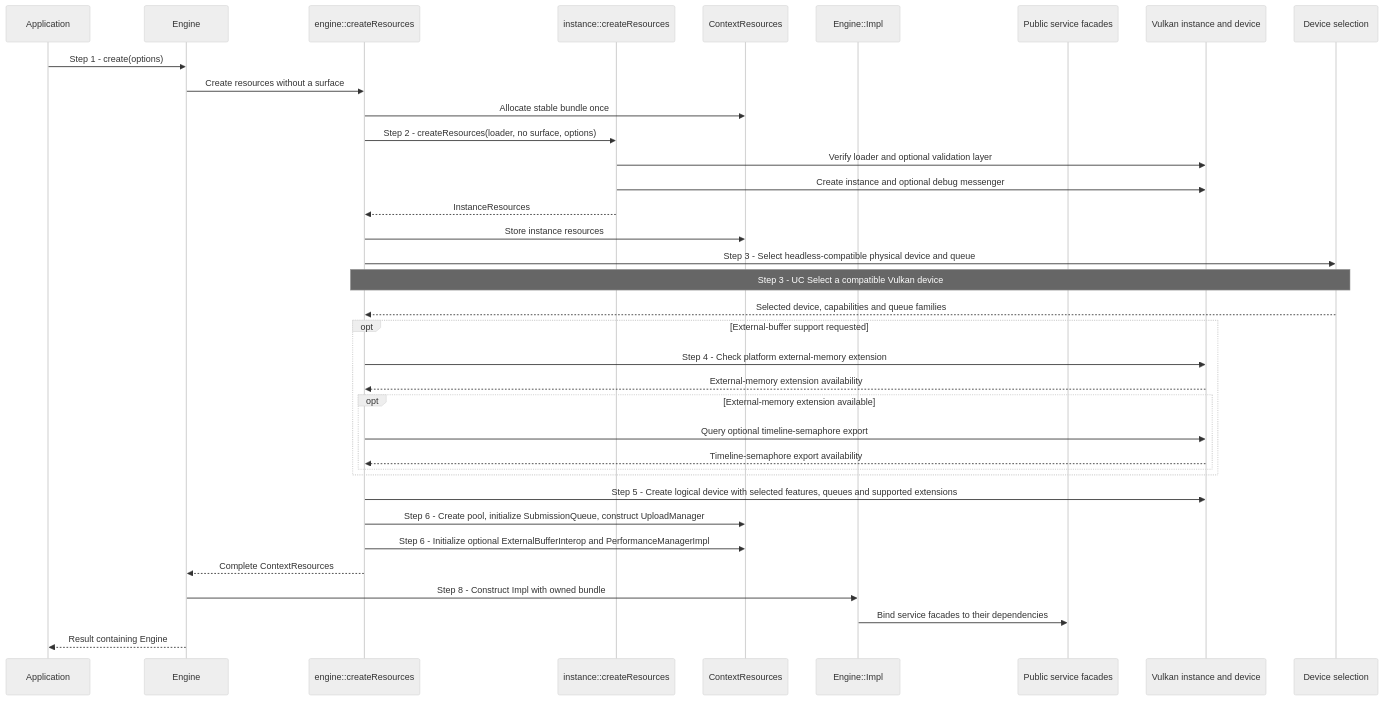
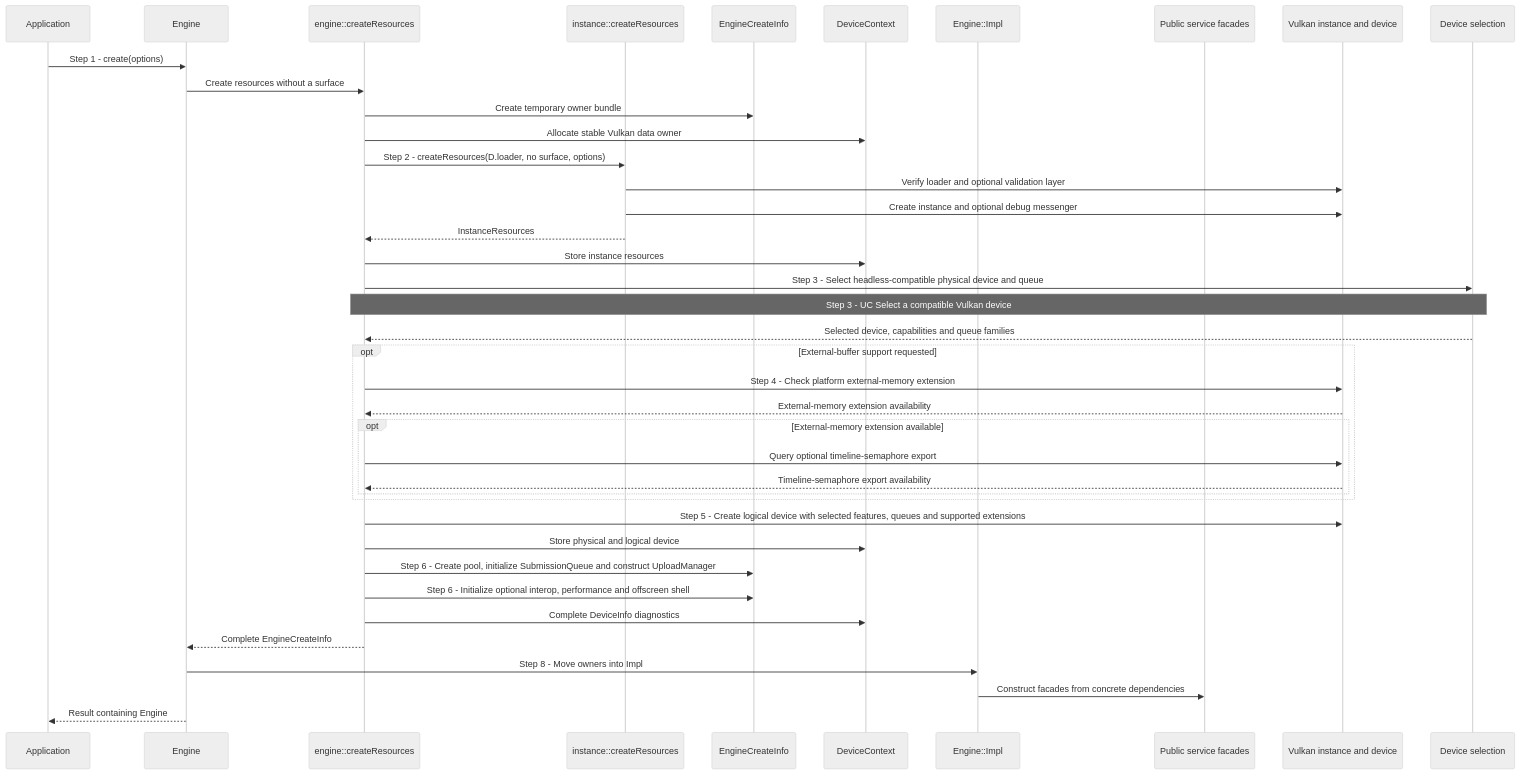
The first of 3 diagrams in docs/use-cases/create-context.md (a-soltysik/Panda), drawn with Mermaid (neutral theme) before and after one commit. The commit also changed other lines of this file and 14 other files, not shown here.

Commit message:
Separate Vulkan device data from context service ownership (#126)

````diff
--- a/docs/use-cases/create-context.md
+++ b/docs/use-cases/create-context.md
@@ -70,38 +70,42 @@
 ```mermaid
 sequenceDiagram
     participant A as Application
     participant C as Engine
     participant F as engine::createResources
     participant X as instance::createResources
-    participant R as ContextResources
+    participant R as EngineCreateInfo
+    participant D as DeviceContext
     participant I as Engine::Impl
     participant S as Public service facades
     participant V as Vulkan instance and device
-    participant D as Device selection
+    participant Q as Device selection
     A->>C: Step 1 - create(options)
     C->>F: Create resources without a surface
-    F->>R: Allocate stable bundle once
-    F->>X: Step 2 - createResources(loader, no surface, options)
+    F->>R: Create temporary owner bundle
+    F->>D: Allocate stable Vulkan data owner
+    F->>X: Step 2 - createResources(D.loader, no surface, options)
     X->>V: Verify loader and optional validation layer
     X->>V: Create instance and optional debug messenger
     X-->>F: InstanceResources
-    F->>R: Store instance resources
-    F->>D: Step 3 - Select headless-compatible physical device and queue
-    Note over F,D: Step 3 - UC Select a compatible Vulkan device
-    D-->>F: Selected device, capabilities and queue families
+    F->>D: Store instance resources
+    F->>Q: Step 3 - Select headless-compatible physical device and queue
+    Note over F,Q: Step 3 - UC Select a compatible Vulkan device
+    Q-->>F: Selected device, capabilities and queue families
     opt External-buffer support requested
         F->>V: Step 4 - Check platform external-memory extension
         V-->>F: External-memory extension availability
         opt External-memory extension available
             F->>V: Query optional timeline-semaphore export
             V-->>F: Timeline-semaphore export availability
         end
     end
     F->>V: Step 5 - Create logical device with selected features, queues and supported extensions
-    F->>R: Step 6 - Create pool, initialize SubmissionQueue, construct UploadManager
-    F->>R: Step 6 - Initialize optional ExternalBufferInterop and PerformanceManagerImpl
-    F-->>C: Complete ContextResources
-    C->>I: Step 8 - Construct Impl with owned bundle
-    I->>S: Bind service facades to their dependencies
+    F->>D: Store physical and logical device
+    F->>R: Step 6 - Create pool, initialize SubmissionQueue and construct UploadManager
+    F->>R: Step 6 - Initialize optional interop, performance and offscreen shell
+    F->>D: Complete DeviceInfo diagnostics
+    F-->>C: Complete EngineCreateInfo
+    C->>I: Step 8 - Move owners into Impl
+    I->>S: Construct facades from concrete dependencies
     C-->>A: Result containing Engine
 ```
````
